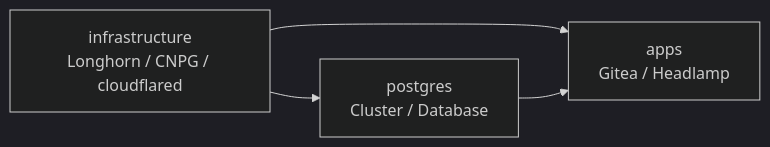
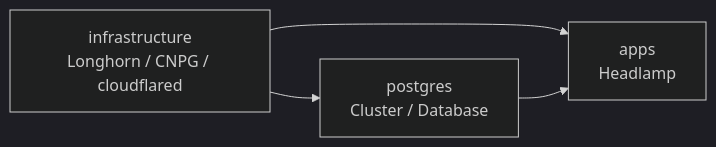
One commit to tsuji-riya/lab changed the third of 3 diagrams in README.md. Above: the diagram before and after it, drawn with Mermaid (dark theme). The commit also changed other lines of this file and 15 other files, not shown here.

````diff
--- a/README.md
+++ b/README.md
@@ -209,6 +188,6 @@
 ```mermaid
 flowchart LR
     a["infrastructure<br/>Longhorn / CNPG / cloudflared"] --> b["postgres<br/>Cluster / Database"]
-    a --> c["apps<br/>Gitea / Headlamp"]
+    a --> c["apps<br/>Headlamp"]
     b --> c
 ```
````
